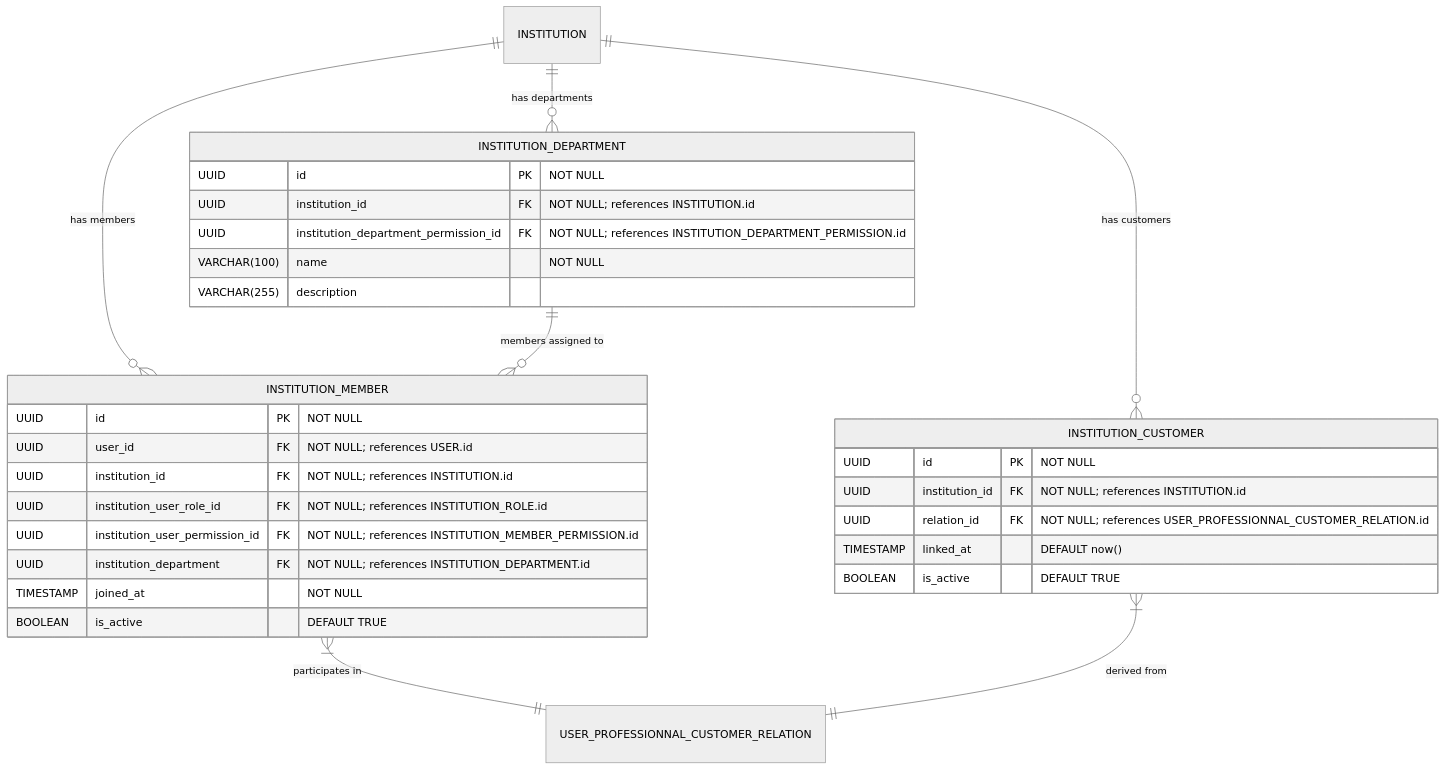
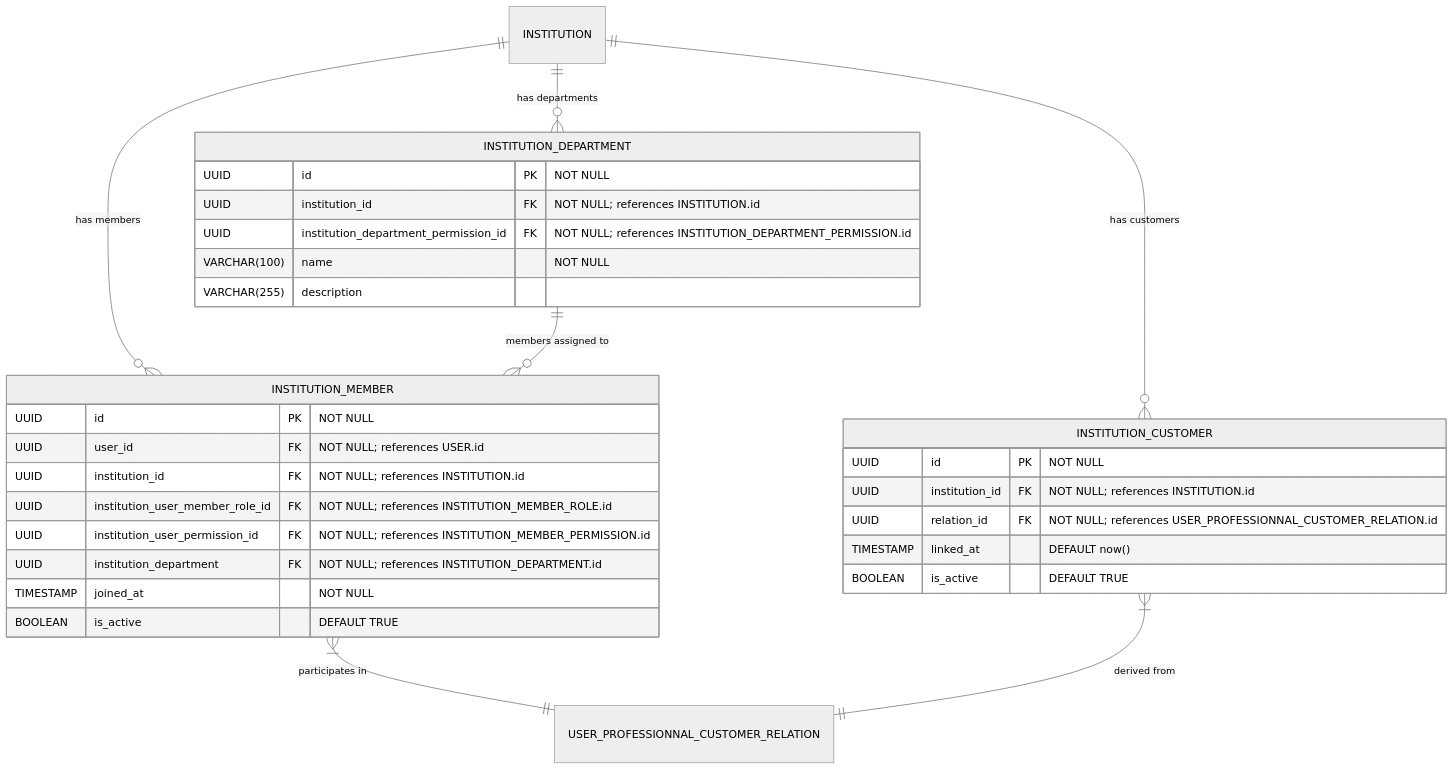
Before and after one commit to Dratharias/Motriforge: the diagram in docs/institution/organizational_structure_members_departments_customers.md, drawn with Mermaid (neutral theme). The commit also changed 2 other files, not shown here.

Commit message:
fixed some inconsistencies

````diff
--- a/docs/institution/organizational_structure_members_departments_customers.md
+++ b/docs/institution/organizational_structure_members_departments_customers.md
@@ -8,41 +8,41 @@
 ```mermaid
 erDiagram
   %%=== Layer 2: Organizational Structure ===%%
 
   %%— Members & Roles —
   INSTITUTION_MEMBER {
     UUID id PK                           "NOT NULL"
     UUID user_id FK                      "NOT NULL; references USER.id"
     UUID institution_id FK               "NOT NULL; references INSTITUTION.id"
-    UUID institution_user_role_id FK     "NOT NULL; references INSTITUTION_ROLE.id"
+    UUID institution_user_member_role_id FK     "NOT NULL; references INSTITUTION_MEMBER_ROLE.id"
     UUID institution_user_permission_id FK "NOT NULL; references INSTITUTION_MEMBER_PERMISSION.id"
     UUID institution_department FK       "NOT NULL; references INSTITUTION_DEPARTMENT.id"
     TIMESTAMP joined_at                  "NOT NULL"
     BOOLEAN is_active                    "DEFAULT TRUE"
   }
   
   INSTITUTION_DEPARTMENT {
     UUID id PK                            "NOT NULL"
     UUID institution_id FK                "NOT NULL; references INSTITUTION.id"
     UUID institution_department_permission_id FK "NOT NULL; references INSTITUTION_DEPARTMENT_PERMISSION.id"
     VARCHAR(100) name                     "NOT NULL"
     VARCHAR(255) description
   }
 
   INSTITUTION_CUSTOMER {
     UUID id PK                          "NOT NULL"
     UUID institution_id FK              "NOT NULL; references INSTITUTION.id"
     UUID relation_id FK                 "NOT NULL; references USER_PROFESSIONNAL_CUSTOMER_RELATION.id"
     TIMESTAMP linked_at                 "DEFAULT now()"
     BOOLEAN is_active                   "DEFAULT TRUE"
   }
 
   %%— Relationships in Layer 2 —
   INSTITUTION ||--o{ INSTITUTION_MEMBER     : "has members"
   INSTITUTION ||--o{ INSTITUTION_DEPARTMENT : "has departments"
   INSTITUTION ||--o{ INSTITUTION_CUSTOMER   : "has customers"
   INSTITUTION_DEPARTMENT ||--o{ INSTITUTION_MEMBER : "members assigned to"
   INSTITUTION_MEMBER }|--|| USER_PROFESSIONNAL_CUSTOMER_RELATION : "participates in"
   INSTITUTION_CUSTOMER }|--|| USER_PROFESSIONNAL_CUSTOMER_RELATION : "derived from"
 
 ```
````
